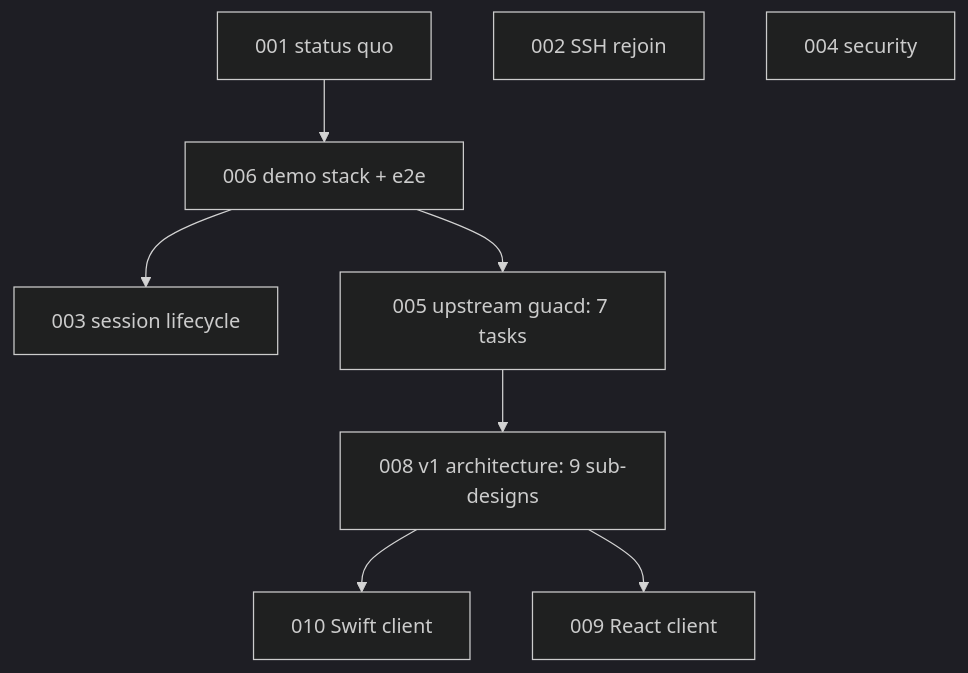
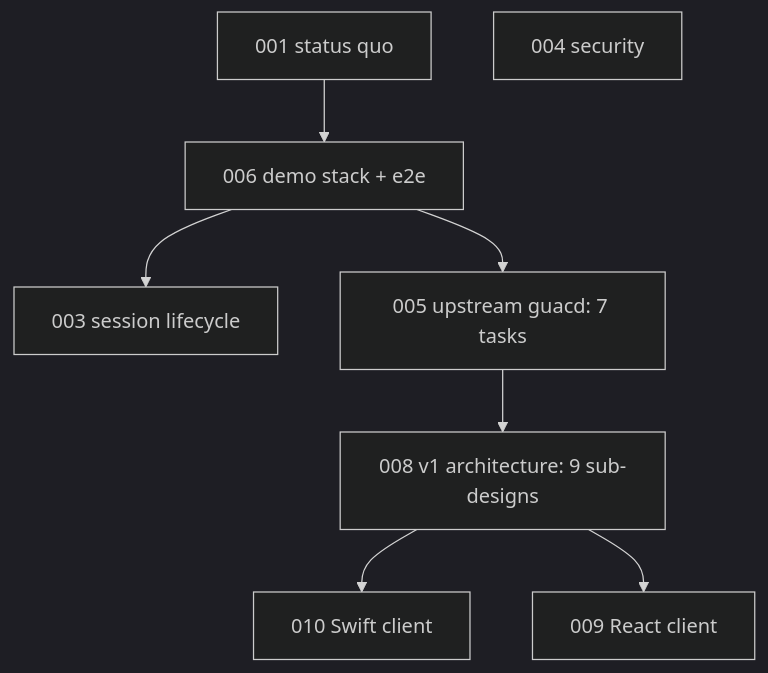
Before and after one commit to changkun/occamy: the diagram in specs/README.md, drawn with Mermaid (dark theme). The commit also changed other lines of this file and 7 other files, not shown here.

````diff
--- a/specs/README.md
+++ b/specs/README.md
@@ -86,11 +86,10 @@
 ```mermaid
 flowchart TD
   s001[001 status quo] --> s006[006 demo stack + e2e]
   s006 --> s003[003 session lifecycle]
   s006 --> s005[005 upstream guacd: 7 tasks]
   s005 --> s008[008 v1 architecture: 9 sub-designs]
   s008 --> s010[010 Swift client]
   s008 --> s009[009 React client]
-  s002[002 SSH rejoin]
   s004[004 security]
 ```
````
